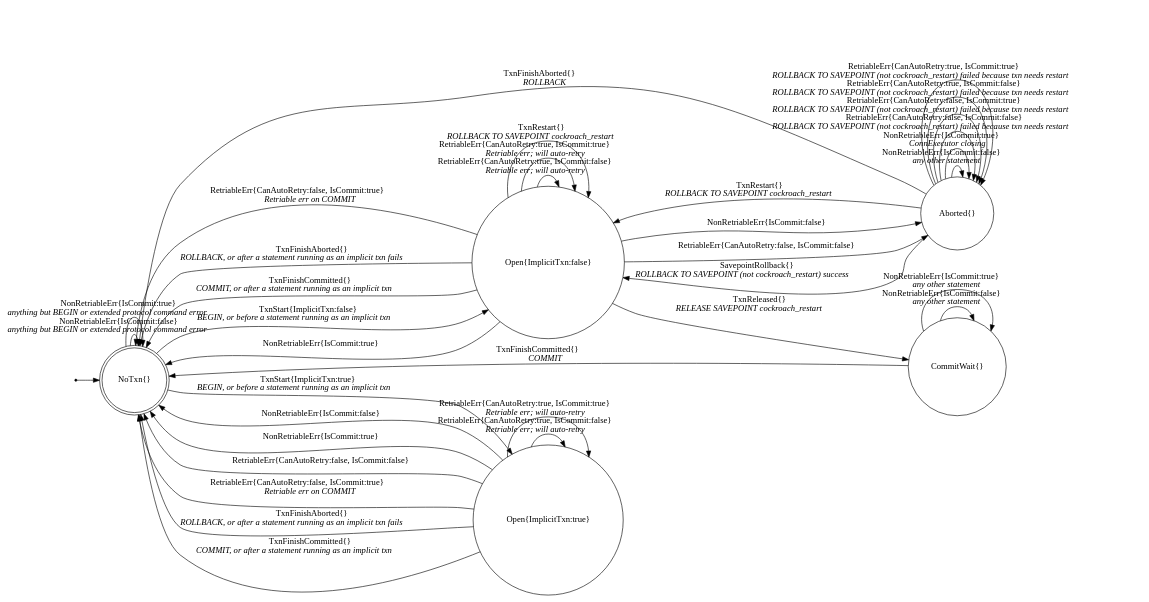
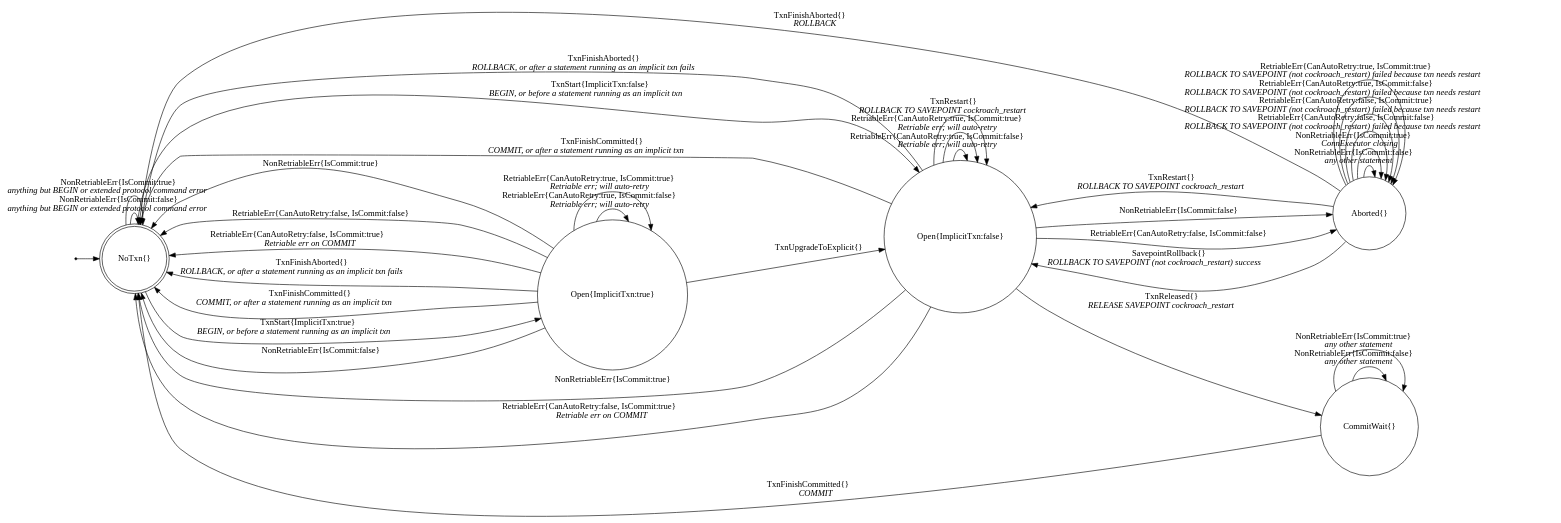
The diagram in pkg/sql/txnstatetransitions_diagram.gv (cockroachdb/cockroach), drawn with Graphviz before and after one commit. The commit also changed 12 other files, not shown here.

First line of the commit message:
sql: use an implicit txn during the extended protocol

```diff
--- a/pkg/sql/txnstatetransitions_diagram.gv
+++ b/pkg/sql/txnstatetransitions_diagram.gv
@@ -1,50 +1,51 @@
 // Code generated; DO NOT EDIT.
 // To generate a .png file, run:
 // brew install cairo pango
 // brew install graphviz --with-pango
 // dot -Tpng txnstatetransitions_diagram.gv -o txnstatetransitions_diagram.png".
 
 // The Pango/Cairo renderer is needed for rendering our HTML labels.
 digraph finite_state_machine {
 	rankdir=LR;
 
 	node [shape = doublecircle]; "NoTxn{}";
 	node [shape = point ]; qi
 	qi -> "NoTxn{}";
 
 	node [shape = circle];
 	"Aborted{}" -> "Aborted{}" [label = <NonRetriableErr{IsCommit:false}<BR/><I>any other statement</I>>]
 	"Aborted{}" -> "Aborted{}" [label = <NonRetriableErr{IsCommit:true}<BR/><I>ConnExecutor closing</I>>]
 	"Aborted{}" -> "Aborted{}" [label = <RetriableErr{CanAutoRetry:false, IsCommit:false}<BR/><I>ROLLBACK TO SAVEPOINT (not cockroach_restart) failed because txn needs restart</I>>]
 	"Aborted{}" -> "Aborted{}" [label = <RetriableErr{CanAutoRetry:false, IsCommit:true}<BR/><I>ROLLBACK TO SAVEPOINT (not cockroach_restart) failed because txn needs restart</I>>]
 	"Aborted{}" -> "Aborted{}" [label = <RetriableErr{CanAutoRetry:true, IsCommit:false}<BR/><I>ROLLBACK TO SAVEPOINT (not cockroach_restart) failed because txn needs restart</I>>]
 	"Aborted{}" -> "Aborted{}" [label = <RetriableErr{CanAutoRetry:true, IsCommit:true}<BR/><I>ROLLBACK TO SAVEPOINT (not cockroach_restart) failed because txn needs restart</I>>]
 	"Aborted{}" -> "Open{ImplicitTxn:false}" [label = <SavepointRollback{}<BR/><I>ROLLBACK TO SAVEPOINT (not cockroach_restart) success</I>>]
 	"Aborted{}" -> "NoTxn{}" [label = <TxnFinishAborted{}<BR/><I>ROLLBACK</I>>]
 	"Aborted{}" -> "Open{ImplicitTxn:false}" [label = <TxnRestart{}<BR/><I>ROLLBACK TO SAVEPOINT cockroach_restart</I>>]
 	"CommitWait{}" -> "CommitWait{}" [label = <NonRetriableErr{IsCommit:false}<BR/><I>any other statement</I>>]
 	"CommitWait{}" -> "CommitWait{}" [label = <NonRetriableErr{IsCommit:true}<BR/><I>any other statement</I>>]
 	"CommitWait{}" -> "NoTxn{}" [label = <TxnFinishCommitted{}<BR/><I>COMMIT</I>>]
 	"NoTxn{}" -> "NoTxn{}" [label = <NonRetriableErr{IsCommit:false}<BR/><I>anything but BEGIN or extended protocol command error</I>>]
 	"NoTxn{}" -> "NoTxn{}" [label = <NonRetriableErr{IsCommit:true}<BR/><I>anything but BEGIN or extended protocol command error</I>>]
 	"NoTxn{}" -> "Open{ImplicitTxn:false}" [label = <TxnStart{ImplicitTxn:false}<BR/><I>BEGIN, or before a statement running as an implicit txn</I>>]
 	"NoTxn{}" -> "Open{ImplicitTxn:true}" [label = <TxnStart{ImplicitTxn:true}<BR/><I>BEGIN, or before a statement running as an implicit txn</I>>]
 	"Open{ImplicitTxn:false}" -> "Aborted{}" [label = "NonRetriableErr{IsCommit:false}"]
 	"Open{ImplicitTxn:false}" -> "NoTxn{}" [label = "NonRetriableErr{IsCommit:true}"]
 	"Open{ImplicitTxn:false}" -> "Aborted{}" [label = "RetriableErr{CanAutoRetry:false, IsCommit:false}"]
 	"Open{ImplicitTxn:false}" -> "NoTxn{}" [label = <RetriableErr{CanAutoRetry:false, IsCommit:true}<BR/><I>Retriable err on COMMIT</I>>]
 	"Open{ImplicitTxn:false}" -> "Open{ImplicitTxn:false}" [label = <RetriableErr{CanAutoRetry:true, IsCommit:false}<BR/><I>Retriable err; will auto-retry</I>>]
 	"Open{ImplicitTxn:false}" -> "Open{ImplicitTxn:false}" [label = <RetriableErr{CanAutoRetry:true, IsCommit:true}<BR/><I>Retriable err; will auto-retry</I>>]
 	"Open{ImplicitTxn:false}" -> "NoTxn{}" [label = <TxnFinishAborted{}<BR/><I>ROLLBACK, or after a statement running as an implicit txn fails</I>>]
 	"Open{ImplicitTxn:false}" -> "NoTxn{}" [label = <TxnFinishCommitted{}<BR/><I>COMMIT, or after a statement running as an implicit txn</I>>]
 	"Open{ImplicitTxn:false}" -> "CommitWait{}" [label = <TxnReleased{}<BR/><I>RELEASE SAVEPOINT cockroach_restart</I>>]
 	"Open{ImplicitTxn:false}" -> "Open{ImplicitTxn:false}" [label = <TxnRestart{}<BR/><I>ROLLBACK TO SAVEPOINT cockroach_restart</I>>]
 	"Open{ImplicitTxn:true}" -> "NoTxn{}" [label = "NonRetriableErr{IsCommit:false}"]
 	"Open{ImplicitTxn:true}" -> "NoTxn{}" [label = "NonRetriableErr{IsCommit:true}"]
 	"Open{ImplicitTxn:true}" -> "NoTxn{}" [label = "RetriableErr{CanAutoRetry:false, IsCommit:false}"]
 	"Open{ImplicitTxn:true}" -> "NoTxn{}" [label = <RetriableErr{CanAutoRetry:false, IsCommit:true}<BR/><I>Retriable err on COMMIT</I>>]
 	"Open{ImplicitTxn:true}" -> "Open{ImplicitTxn:true}" [label = <RetriableErr{CanAutoRetry:true, IsCommit:false}<BR/><I>Retriable err; will auto-retry</I>>]
 	"Open{ImplicitTxn:true}" -> "Open{ImplicitTxn:true}" [label = <RetriableErr{CanAutoRetry:true, IsCommit:true}<BR/><I>Retriable err; will auto-retry</I>>]
 	"Open{ImplicitTxn:true}" -> "NoTxn{}" [label = <TxnFinishAborted{}<BR/><I>ROLLBACK, or after a statement running as an implicit txn fails</I>>]
 	"Open{ImplicitTxn:true}" -> "NoTxn{}" [label = <TxnFinishCommitted{}<BR/><I>COMMIT, or after a statement running as an implicit txn</I>>]
+	"Open{ImplicitTxn:true}" -> "Open{ImplicitTxn:false}" [label = "TxnUpgradeToExplicit{}"]
 }
```
